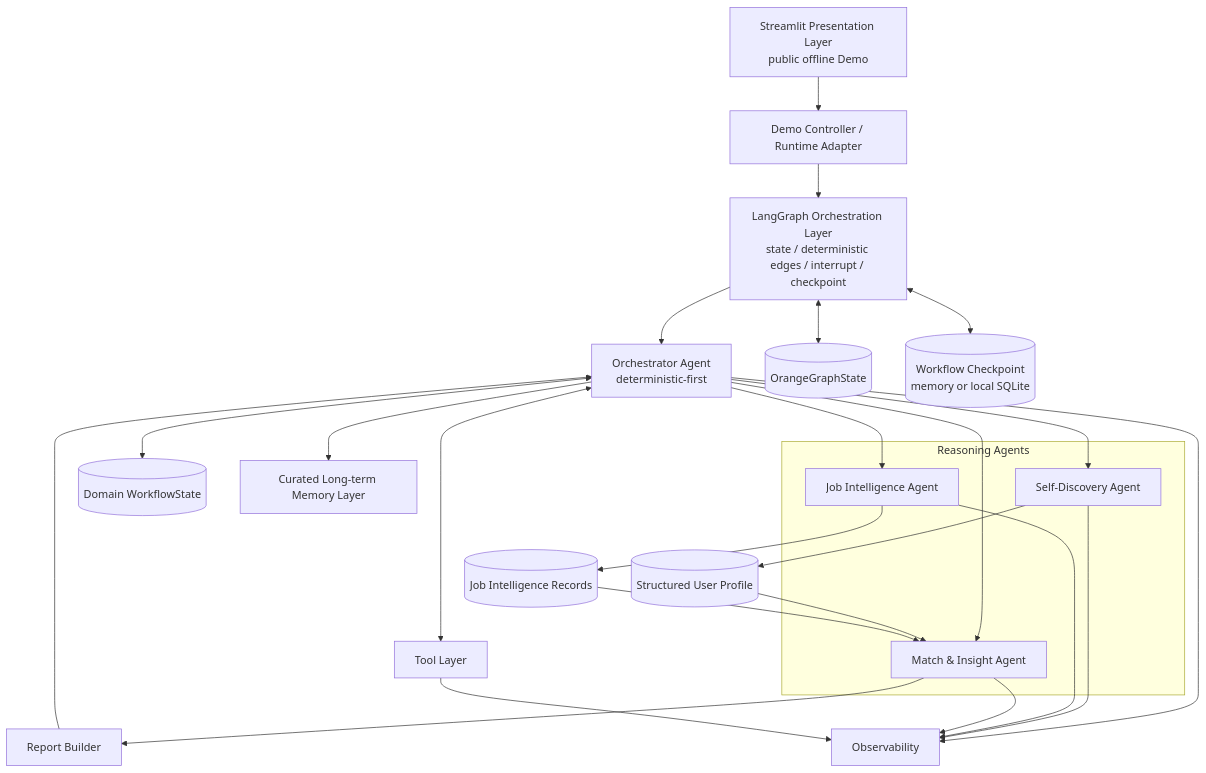
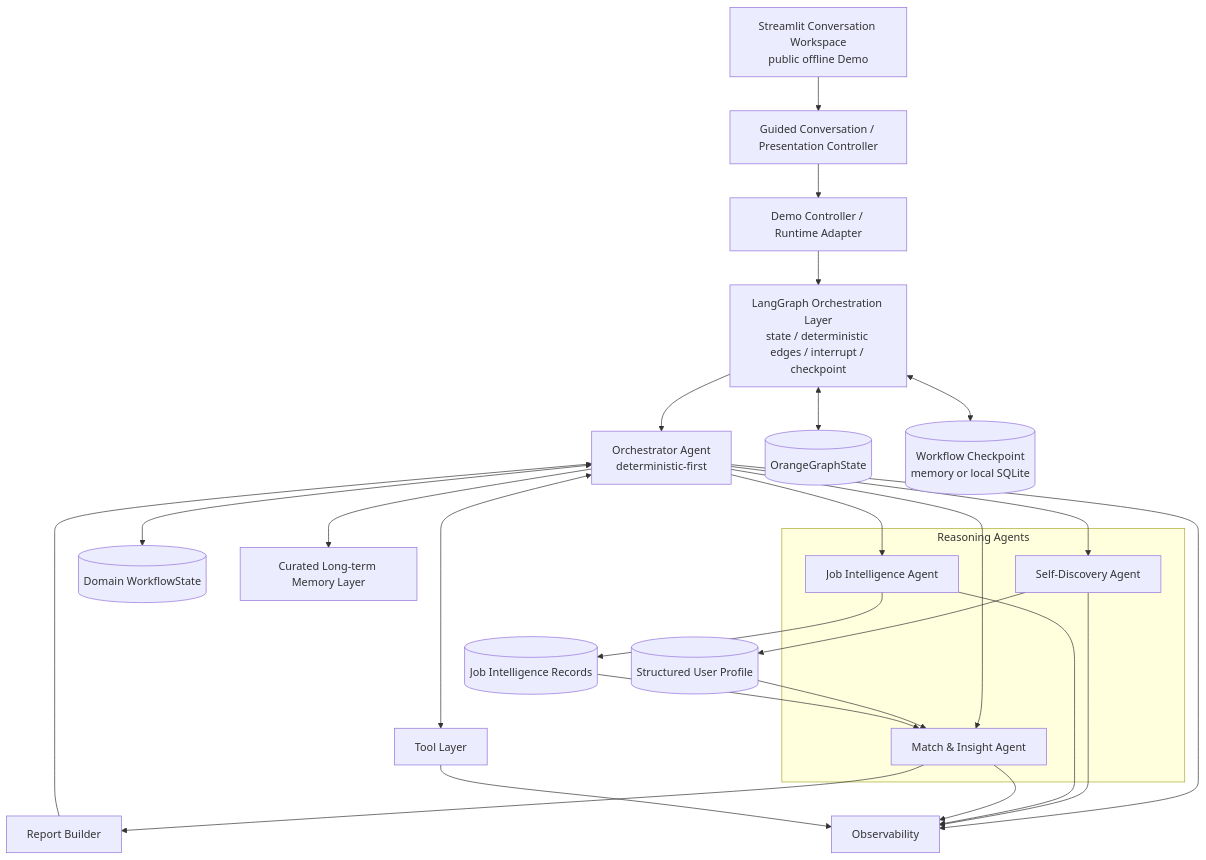
The first of 13 diagrams in ARCHITECTURE.md (wangzch337-max/orange-career-agent), drawn with Mermaid before and after one commit. The commit also changed other lines of this file and 14 other files, not shown here.

Commit message:
feat: redesign demo around guided career discovery

````diff
--- a/ARCHITECTURE.md
+++ b/ARCHITECTURE.md
@@ -11,33 +11,34 @@
 ```mermaid
 flowchart TB
-    UI[Streamlit Presentation Layer<br/>public offline Demo] --> DC[Demo Controller / Runtime Adapter]
+    UI[Streamlit Conversation Workspace<br/>public offline Demo] --> GC[Guided Conversation / Presentation Controller]
+    GC --> DC[Demo Controller / Runtime Adapter]
     DC --> LG[LangGraph Orchestration Layer<br/>state / deterministic edges / interrupt / checkpoint]
     LG --> O[Orchestrator Agent<br/>deterministic-first]
 
     subgraph Reasoning[Reasoning Agents]
       S[Self-Discovery Agent]
       J[Job Intelligence Agent]
       M[Match & Insight Agent]
     end
 
     O --> S
     O --> J
     O --> M
     S --> UP[(Structured User Profile)]
     J --> JR[(Job Intelligence Records)]
     UP --> M
     JR --> M
     M --> RB[Report Builder]
     RB --> O
 
     LG <--> GS[(OrangeGraphState)]
     LG <--> CP[(Workflow Checkpoint<br/>memory or local SQLite)]
     O <--> SS[(Domain WorkflowState)]
     O --> ML[Curated Long-term Memory Layer]
     O <--> TL[Tool Layer]
     O --> OB[Observability]
     S --> OB
     J --> OB
     M --> OB
     TL --> OB
 ```
````
